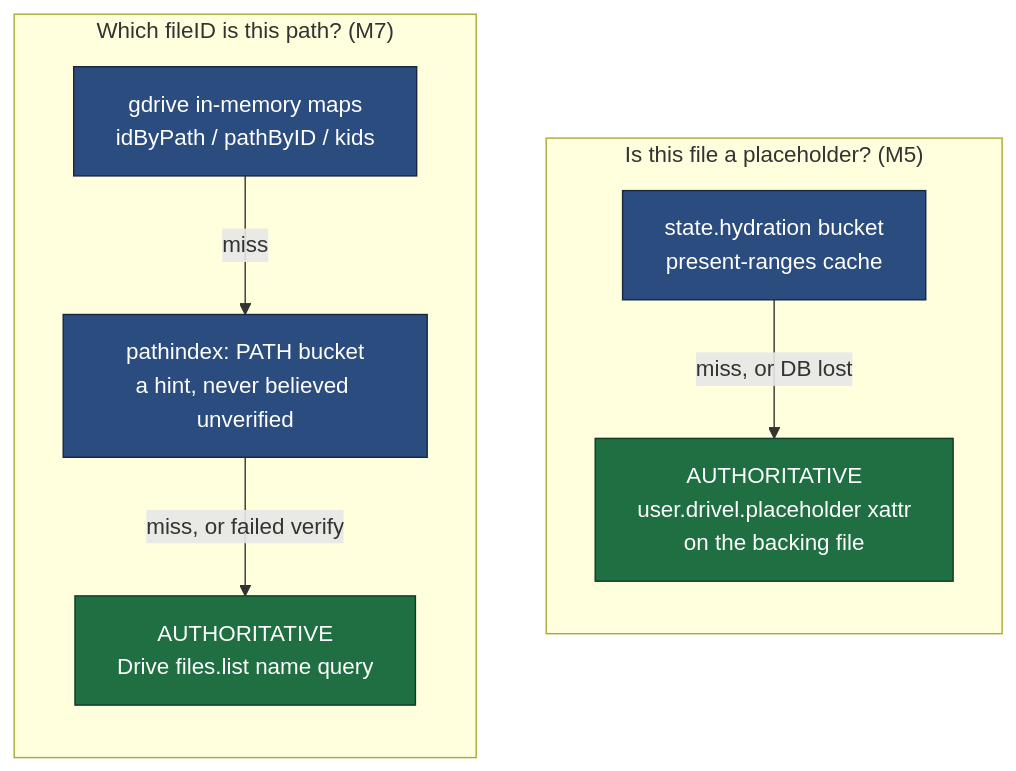
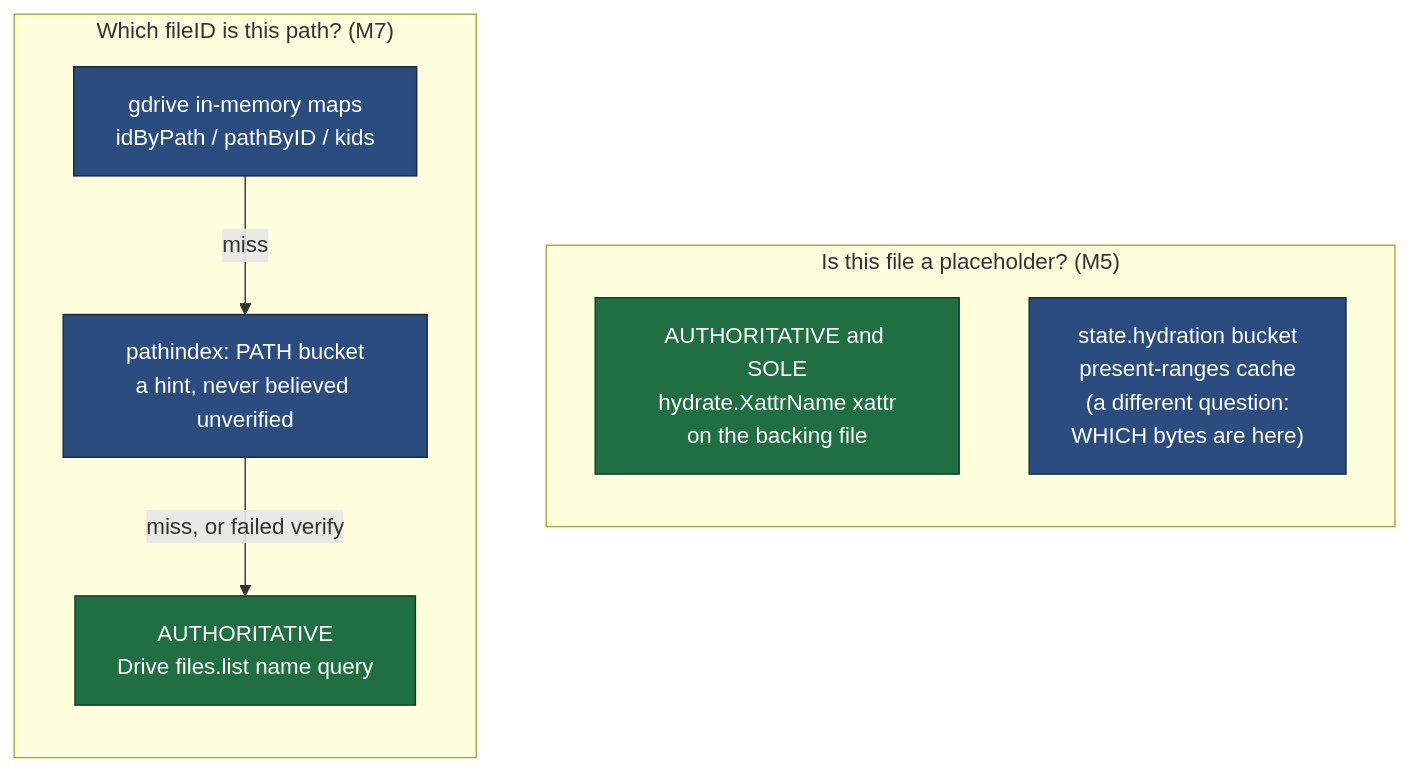
One commit to syshlted/drivel changed the third of 3 diagrams in docs/schema.md. Above: the diagram before and after it, drawn with Mermaid. The commit also changed other lines of this file and 23 other files, not shown here.

````diff
--- a/docs/schema.md
+++ b/docs/schema.md
@@ -129,20 +129,20 @@
 ```mermaid
 flowchart TD
     subgraph localq ["Is this file a placeholder? (M5)"]
         direction TB
-        L1["state.hydration bucket<br/>present-ranges cache"] -->|"miss, or DB lost"| L2
-        L2["AUTHORITATIVE<br/>user.drivel.placeholder xattr<br/>on the backing file"]
+        L2["AUTHORITATIVE and SOLE<br/>hydrate.XattrName xattr<br/>on the backing file"]
+        L1["state.hydration bucket<br/>present-ranges cache<br/>(a different question:<br/>WHICH bytes are here)"]
     end
 
     subgraph remoteq ["Which fileID is this path? (M7)"]
         direction TB
         R1["gdrive in-memory maps<br/>idByPath / pathByID / kids"] -->|miss| R2
         R2["pathindex: PATH bucket<br/>a hint, never believed unverified"] -->|"miss, or failed verify"| R3
         R3["AUTHORITATIVE<br/>Drive files.list name query"]
     end
 
     classDef truth fill:#1f6f43,stroke:#0d3b23,color:#ffffff
     classDef cache fill:#2b4c7e,stroke:#16273f,color:#ffffff
     class L2,R3 truth
     class L1,R1,R2 cache
 ```
````
